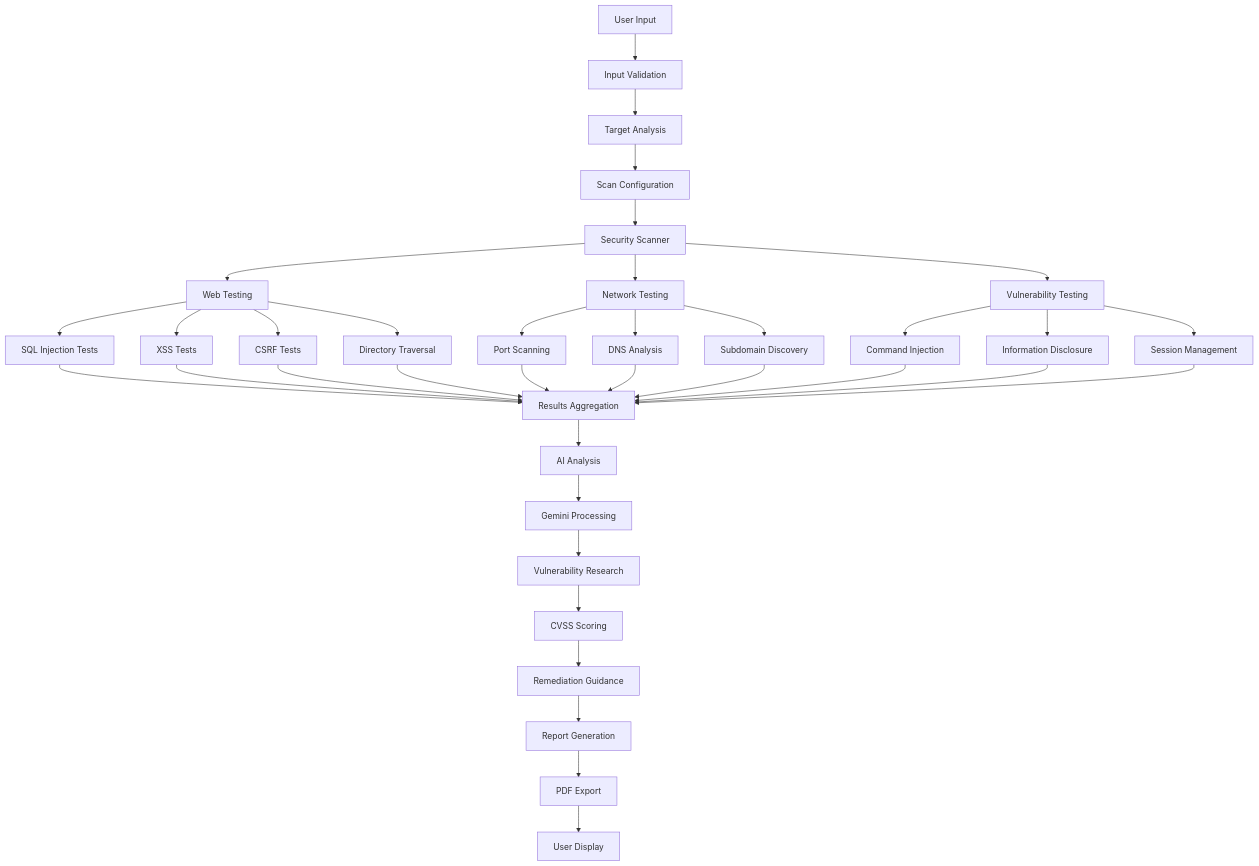
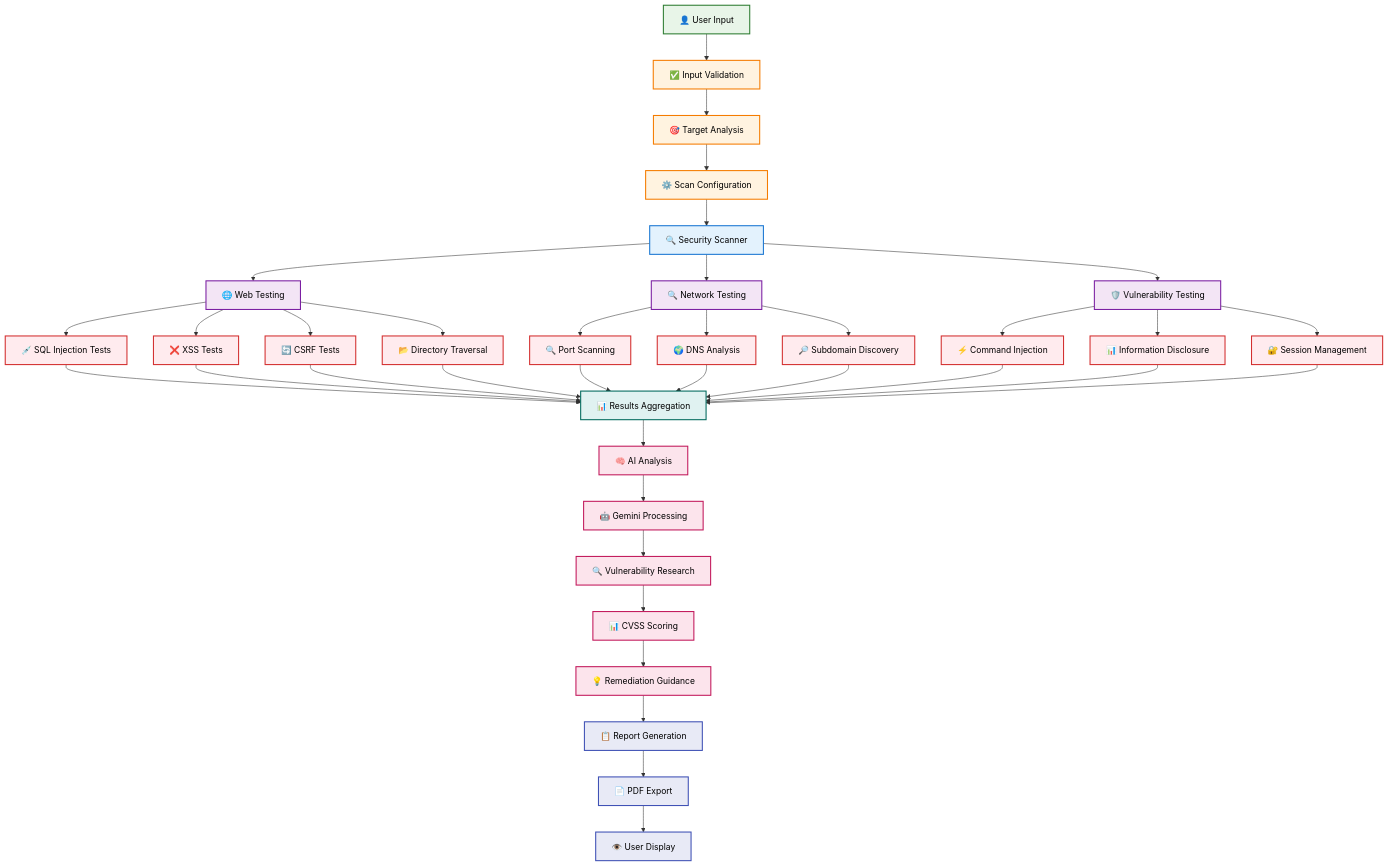
Before and after one commit to Hassan-asim/Cyber-Sage: the sixth of 8 diagrams in README.md, drawn with Mermaid. The commit also changed other lines of this file, not shown here.

Commit message:
Enhance Mermaid diagrams: Add professional styling, emojis, colors, and improved visual design

````diff
--- a/README.md
+++ b/README.md
@@ -273,45 +350,64 @@
 ```mermaid
 flowchart TD
-    A[User Input] --> B[Input Validation]
-    B --> C[Target Analysis]
-    C --> D[Scan Configuration]
-    D --> E[Security Scanner]
+    A["👤 User Input"] --> B["✅ Input Validation"]
+    B --> C["🎯 Target Analysis"]
+    C --> D["⚙️ Scan Configuration"]
+    D --> E["🔍 Security Scanner"]
     
-    E --> F[Web Testing]
-    E --> G[Network Testing]
-    E --> H[Vulnerability Testing]
+    E --> F["🌐 Web Testing"]
+    E --> G["🔍 Network Testing"]
+    E --> H["🛡️ Vulnerability Testing"]
     
-    F --> I[SQL Injection Tests]
-    F --> J[XSS Tests]
-    F --> K[CSRF Tests]
-    F --> L[Directory Traversal]
+    F --> I["💉 SQL Injection Tests"]
+    F --> J["❌ XSS Tests"]
+    F --> K["🔄 CSRF Tests"]
+    F --> L["📂 Directory Traversal"]
     
-    G --> M[Port Scanning]
-    G --> N[DNS Analysis]
-    G --> O[Subdomain Discovery]
+    G --> M["🔍 Port Scanning"]
+    G --> N["🌍 DNS Analysis"]
+    G --> O["🔎 Subdomain Discovery"]
     
-    H --> P[Command Injection]
-    H --> Q[Information Disclosure]
-    H --> R[Session Management]
+    H --> P["⚡ Command Injection"]
+    H --> Q["📊 Information Disclosure"]
+    H --> R["🔐 Session Management"]
     
-    I --> S[Results Aggregation]
+    I --> S["📊 Results Aggregation"]
     J --> S
     K --> S
     L --> S
     M --> S
     N --> S
     O --> S
     P --> S
     Q --> S
     R --> S
     
-    S --> T[AI Analysis]
-    T --> U[Gemini Processing]
-    U --> V[Vulnerability Research]
-    V --> W[CVSS Scoring]
-    W --> X[Remediation Guidance]
+    S --> T["🧠 AI Analysis"]
+    T --> U["🤖 Gemini Processing"]
+    U --> V["🔍 Vulnerability Research"]
+    V --> W["📊 CVSS Scoring"]
+    W --> X["💡 Remediation Guidance"]
     
-    X --> Y[Report Generation]
-    Y --> Z[PDF Export]
-    Z --> AA[User Display]
+    X --> Y["📋 Report Generation"]
+    Y --> Z["📄 PDF Export"]
+    Z --> AA["👁️ User Display"]
+    
+    %% Styling
+    classDef input fill:#e8f5e8,stroke:#2e7d32,stroke-width:2px,color:#000
+    classDef validation fill:#fff3e0,stroke:#f57c00,stroke-width:2px,color:#000
+    classDef scanner fill:#e3f2fd,stroke:#1976d2,stroke-width:2px,color:#000
+    classDef testing fill:#f3e5f5,stroke:#7b1fa2,stroke-width:2px,color:#000
+    classDef vuln fill:#ffebee,stroke:#d32f2f,stroke-width:2px,color:#000
+    classDef aggregation fill:#e0f2f1,stroke:#00695c,stroke-width:2px,color:#000
+    classDef ai fill:#fce4ec,stroke:#c2185b,stroke-width:2px,color:#000
+    classDef output fill:#e8eaf6,stroke:#3f51b5,stroke-width:2px,color:#000
+    
+    class A input
+    class B,C,D validation
+    class E scanner
+    class F,G,H testing
+    class I,J,K,L,M,N,O,P,Q,R vuln
+    class S aggregation
+    class T,U,V,W,X ai
+    class Y,Z,AA output
 ```
````
